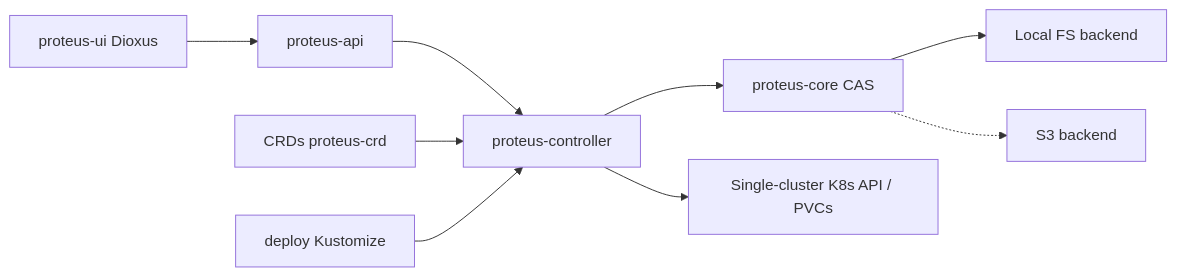
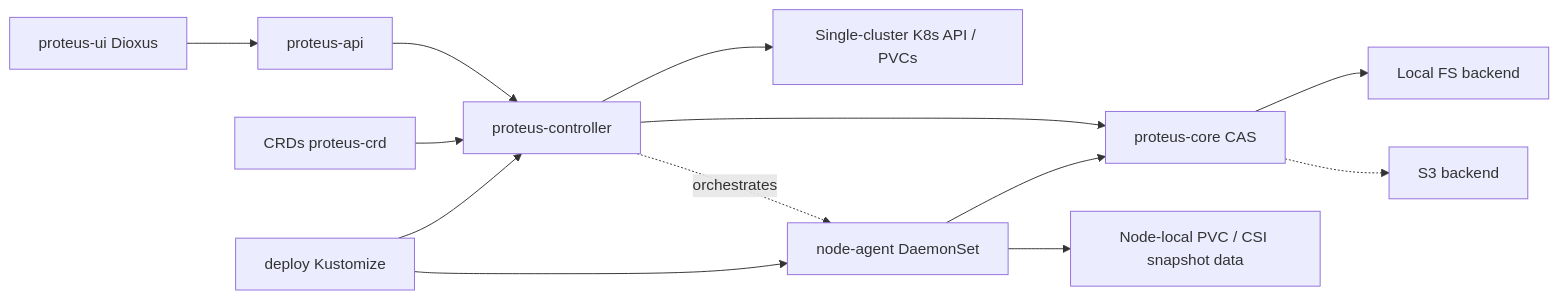
One commit to CraftingTech/proteus changed the diagram in aidd_docs/memory/architecture.md. Above: the diagram before and after it, drawn with Mermaid. The commit also changed other lines of this file and 3 other files, not shown here.

First line of the commit message:
docs(adr): accept production data plane (node-agent + CSI) (#67)

````diff
--- a/aidd_docs/memory/architecture.md
+++ b/aidd_docs/memory/architecture.md
@@ -16,11 +16,15 @@
 ```mermaid
 flowchart LR
   UI[proteus-ui Dioxus] --> API[proteus-api]
   API --> CTRL[proteus-controller]
   CR[CRDs proteus-crd] --> CTRL
   CTRL --> CORE[proteus-core CAS]
   CTRL --> K8S[Single-cluster K8s API / PVCs]
+  CTRL -.->|orchestrates| AGENT[node-agent DaemonSet]
+  AGENT --> CORE
+  AGENT --> VOL[Node-local PVC / CSI snapshot data]
   CORE --> LOCAL[Local FS backend]
   CORE -.-> S3[S3 backend]
   KUST[deploy Kustomize] --> CTRL
+  KUST --> AGENT
 ```
````
